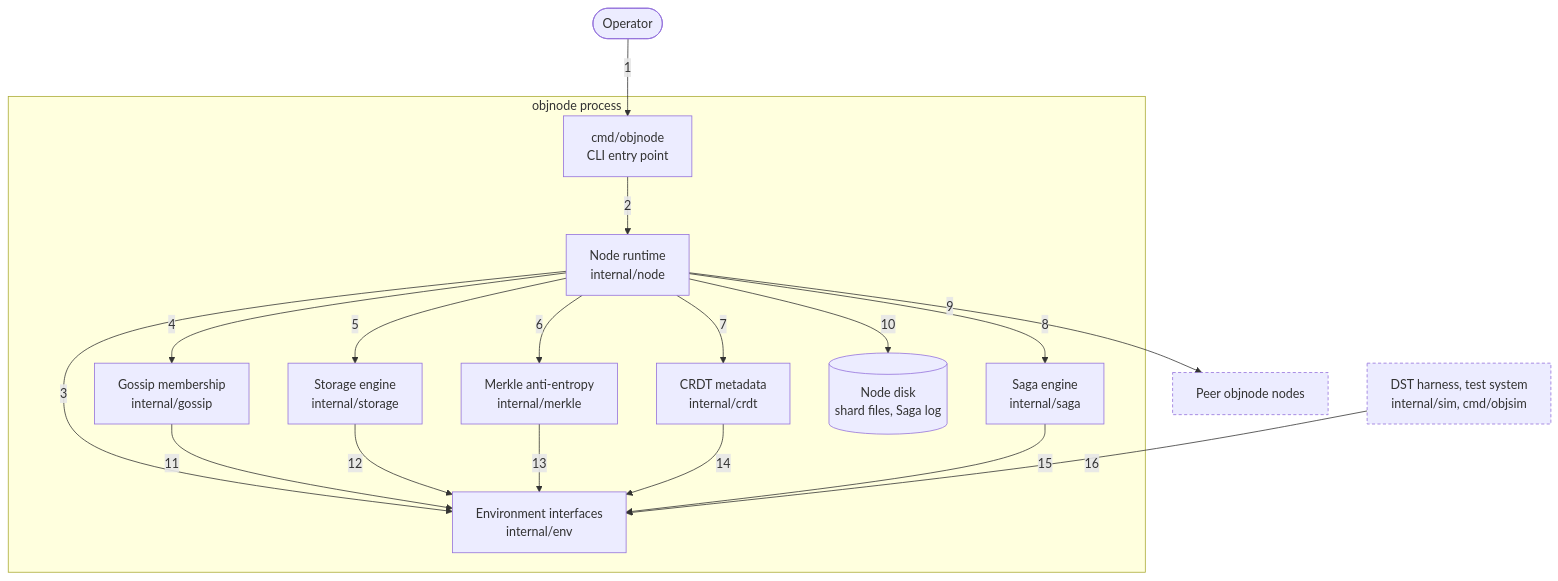
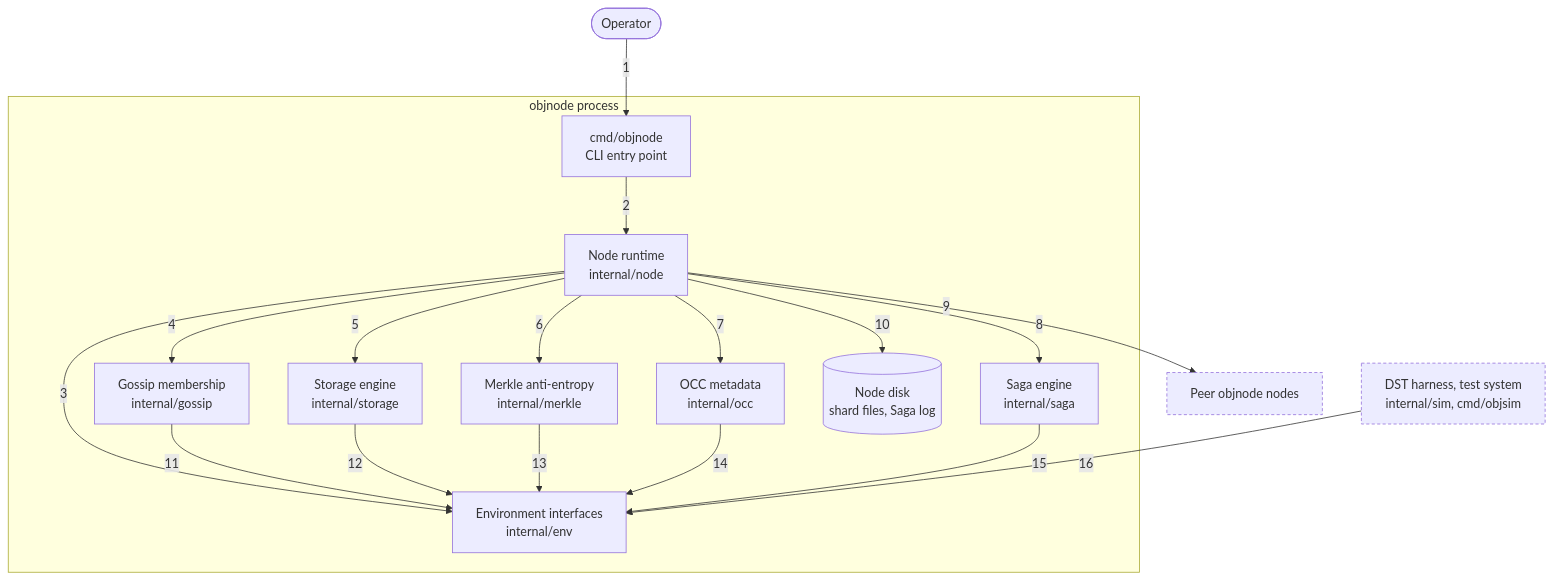
One commit to nickstrad/decentralized-object-store changed the diagram in docs/c4/03-container-runtime.md. Above: the diagram before and after it, drawn with Mermaid. The commit also changed other lines of this file and 26 other files, not shown here.

````diff
--- a/docs/c4/03-container-runtime.md
+++ b/docs/c4/03-container-runtime.md
@@ -10,35 +10,35 @@
 ```mermaid
 flowchart TB
   OPER(["Operator"])
   subgraph OBJNODE["objnode process"]
     CMD["cmd/objnode<br/>CLI entry point"]
     NODE["Node runtime<br/>internal/node"]
     GOSSIP["Gossip membership<br/>internal/gossip"]
     STORAGE["Storage engine<br/>internal/storage"]
     MERKLE["Merkle anti-entropy<br/>internal/merkle"]
-    CRDT["CRDT metadata<br/>internal/crdt"]
+    OCC["OCC metadata<br/>internal/occ"]
     SAGA["Saga engine<br/>internal/saga"]
     ENV["Environment interfaces<br/>internal/env"]
     DISK[("Node disk<br/>shard files, Saga log")]
   end
   PEERS["Peer objnode nodes"]
   DST["DST harness, test system<br/>internal/sim, cmd/objsim"]
   OPER -->|1| CMD
   CMD -->|2| NODE
   NODE -->|3| ENV
   NODE -->|4| GOSSIP
   NODE -->|5| STORAGE
   NODE -->|6| MERKLE
-  NODE -->|7| CRDT
+  NODE -->|7| OCC
   NODE -->|8| SAGA
   NODE -->|9| PEERS
   NODE -->|10| DISK
   GOSSIP -->|11| ENV
   STORAGE -->|12| ENV
   MERKLE -->|13| ENV
-  CRDT -->|14| ENV
+  OCC -->|14| ENV
   SAGA -->|15| ENV
   DST -->|16| ENV
   classDef ext stroke-dasharray:4 3
   class PEERS,DST ext
 ```
````
